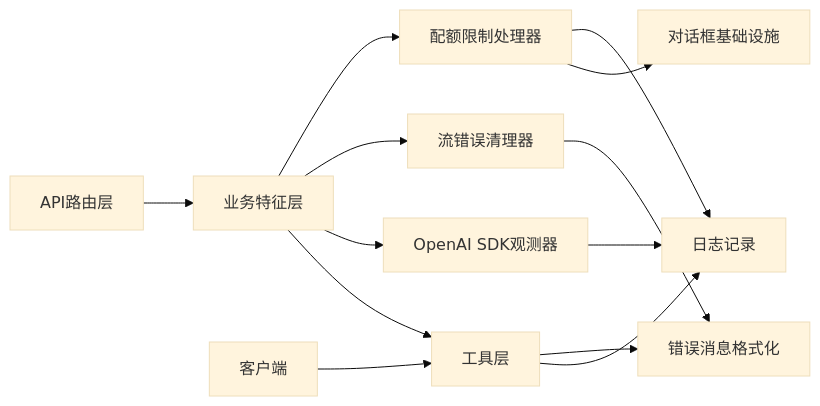
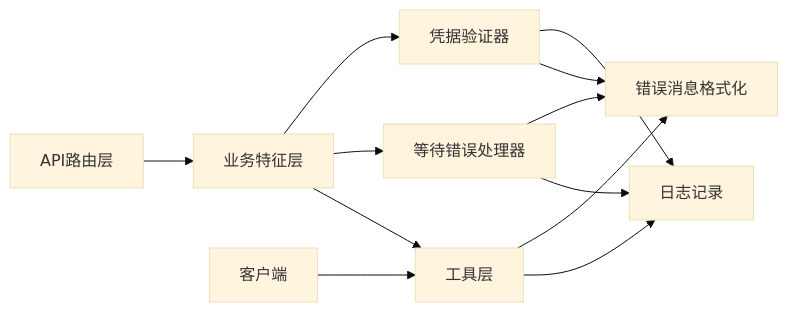
The third of 3 diagrams in .qoder/repowiki/zh/content/API参考/错误处理.md (scottcwy/PurpleInk), drawn with Mermaid (base theme) before and after one commit. The commit also changed other lines of this file and 23 other files, not shown here.

````diff
--- a/.qoder/repowiki/zh/content/API参考/错误处理.md
+++ b/.qoder/repowiki/zh/content/API参考/错误处理.md
@@ -329,15 +332,14 @@
 ```mermaid
 graph LR
 Route["API路由层"] --> Feature["业务特征层"]
 Feature --> Tool["工具层"]
 Client["客户端"] --> Tool
 Tool --> Log["日志记录"]
 Tool --> Format["错误消息格式化"]
-Feature --> SDKObserver["OpenAI SDK观测器"]
-Feature --> StreamCleaner["流错误清理器"]
-Feature --> QuotaHandler["配额限制处理器"]
-QuotaHandler --> Dialog["对话框基础设施"]
-SDKObserver --> Log
-StreamCleaner --> Format
-QuotaHandler --> Log
+Feature --> WaitHandler["等待错误处理器"]
+Feature --> CredentialValidator["凭据验证器"]
+WaitHandler --> Log
+CredentialValidator --> Format
+WaitHandler --> Format
+CredentialValidator --> Log
 ```
````
